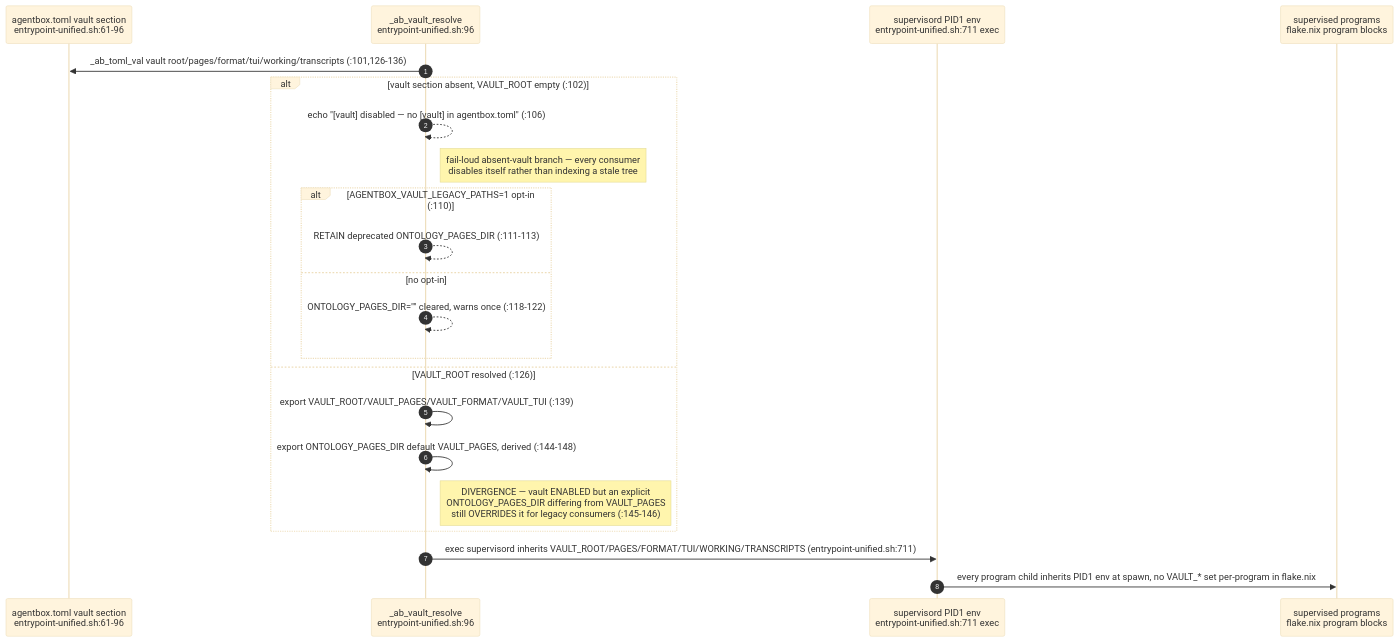
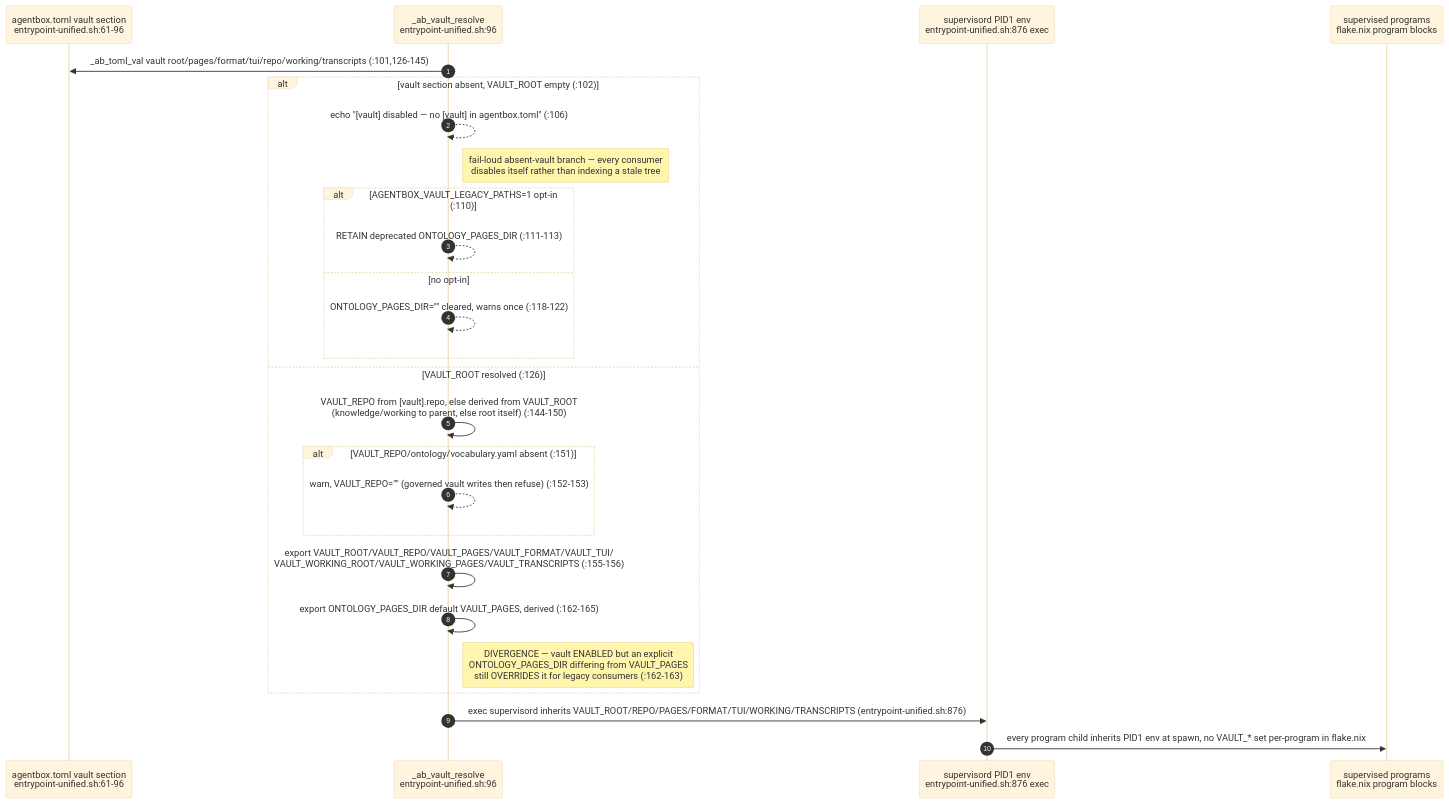
Diagram 13 of 20 in docs/diagrams/agentbox/02-boot-sequence-and-readiness.md (DreamLab-AI/VisionFlow), drawn with Mermaid (base theme) before and after one commit. The commit also changed other lines of this file and 136 other files, not shown here.

First line of the commit message:
docs(diagrams): refresh the whole corpus to code HEAD and prune low-value diagrams

````diff
--- a/docs/diagrams/agentbox/02-boot-sequence-and-readiness.md
+++ b/docs/diagrams/agentbox/02-boot-sequence-and-readiness.md
@@ -488,25 +490,29 @@
 ```mermaid
 sequenceDiagram
     autonumber
     participant TOML as agentbox.toml vault section<br/>entrypoint-unified.sh:61-96
     participant VR as _ab_vault_resolve<br/>entrypoint-unified.sh:96
-    participant PID1 as supervisord PID1 env<br/>entrypoint-unified.sh:711 exec
+    participant PID1 as supervisord PID1 env<br/>entrypoint-unified.sh:876 exec
     participant PROG as supervised programs<br/>flake.nix program blocks
 
-    VR->>TOML: _ab_toml_val vault root/pages/format/tui/working/transcripts (:101,126-136)
+    VR->>TOML: _ab_toml_val vault root/pages/format/tui/repo/working/transcripts (:101,126-145)
     alt vault section absent, VAULT_ROOT empty (:102)
         VR-->>VR: echo "[vault] disabled — no [vault] in agentbox.toml" (:106)
         Note right of VR: fail-loud absent-vault branch — every consumer<br/>disables itself rather than indexing a stale tree
         alt AGENTBOX_VAULT_LEGACY_PATHS=1 opt-in (:110)
             VR-->>VR: RETAIN deprecated ONTOLOGY_PAGES_DIR (:111-113)
         else no opt-in
             VR-->>VR: ONTOLOGY_PAGES_DIR="" cleared, warns once (:118-122)
         end
     else VAULT_ROOT resolved (:126)
-        VR->>VR: export VAULT_ROOT/VAULT_PAGES/VAULT_FORMAT/VAULT_TUI (:139)
-        VR->>VR: export ONTOLOGY_PAGES_DIR default VAULT_PAGES, derived (:144-148)
-        Note right of VR: DIVERGENCE — vault ENABLED but an explicit<br/>ONTOLOGY_PAGES_DIR differing from VAULT_PAGES<br/>still OVERRIDES it for legacy consumers (:145-146)
+        VR->>VR: VAULT_REPO from [vault].repo, else derived from VAULT_ROOT<br/>(knowledge/working to parent, else root itself) (:144-150)
+        alt VAULT_REPO/ontology/vocabulary.yaml absent (:151)
+            VR-->>VR: warn, VAULT_REPO="" (governed vault writes then refuse) (:152-153)
+        end
+        VR->>VR: export VAULT_ROOT/VAULT_REPO/VAULT_PAGES/VAULT_FORMAT/VAULT_TUI/<br/>VAULT_WORKING_ROOT/VAULT_WORKING_PAGES/VAULT_TRANSCRIPTS (:155-156)
+        VR->>VR: export ONTOLOGY_PAGES_DIR default VAULT_PAGES, derived (:162-165)
+        Note right of VR: DIVERGENCE — vault ENABLED but an explicit<br/>ONTOLOGY_PAGES_DIR differing from VAULT_PAGES<br/>still OVERRIDES it for legacy consumers (:162-163)
     end
-    VR->>PID1: exec supervisord inherits VAULT_ROOT/PAGES/FORMAT/TUI/WORKING/TRANSCRIPTS (entrypoint-unified.sh:711)
+    VR->>PID1: exec supervisord inherits VAULT_ROOT/REPO/PAGES/FORMAT/TUI/WORKING/TRANSCRIPTS (entrypoint-unified.sh:876)
     PID1->>PROG: every program child inherits PID1 env at spawn, no VAULT_* set per-program in flake.nix
 ```
````
